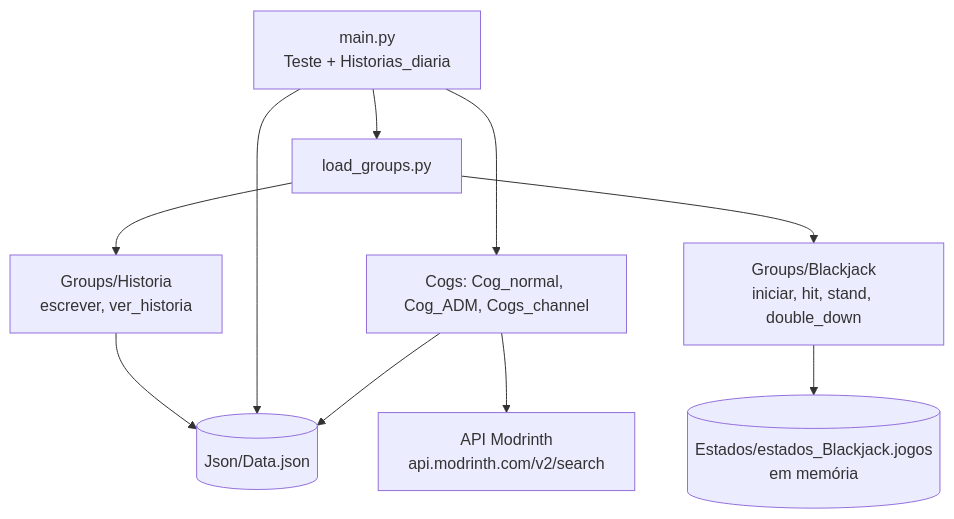
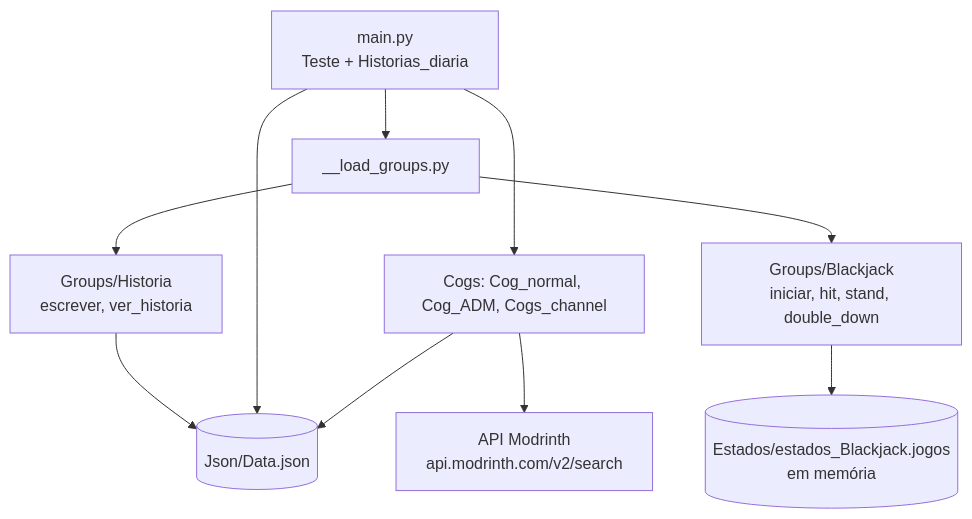
The second of 3 diagrams in vault/Arquitetura (Bot-Discord).md (felipe783/Bot-Discord), drawn with Mermaid before and after one commit. The commit also changed other lines of this file and 6 other files, not shown here.

````diff
--- a/vault/Arquitetura (Bot-Discord).md
+++ b/vault/Arquitetura (Bot-Discord).md
@@ -25,12 +25,12 @@
 ```mermaid
 flowchart TD
     MAIN[main.py<br/>Teste + Historias_diaria] --> CL[Cogs: Cog_normal, Cog_ADM, Cogs_channel]
-    MAIN --> LG[load_groups.py]
+    MAIN --> LG[__load_groups.py]
     LG --> BJ[Groups/Blackjack<br/>iniciar, hit, stand, double_down]
     LG --> HI[Groups/Historia<br/>escrever, ver_historia]
     BJ --> EST[(Estados/estados_Blackjack.jogos<br/>em memória)]
     HI --> JSON[(Json/Data.json)]
     MAIN --> JSON
     CL --> JSON
     CL --> MOD[API Modrinth<br/>api.modrinth.com/v2/search]
 ```
````
